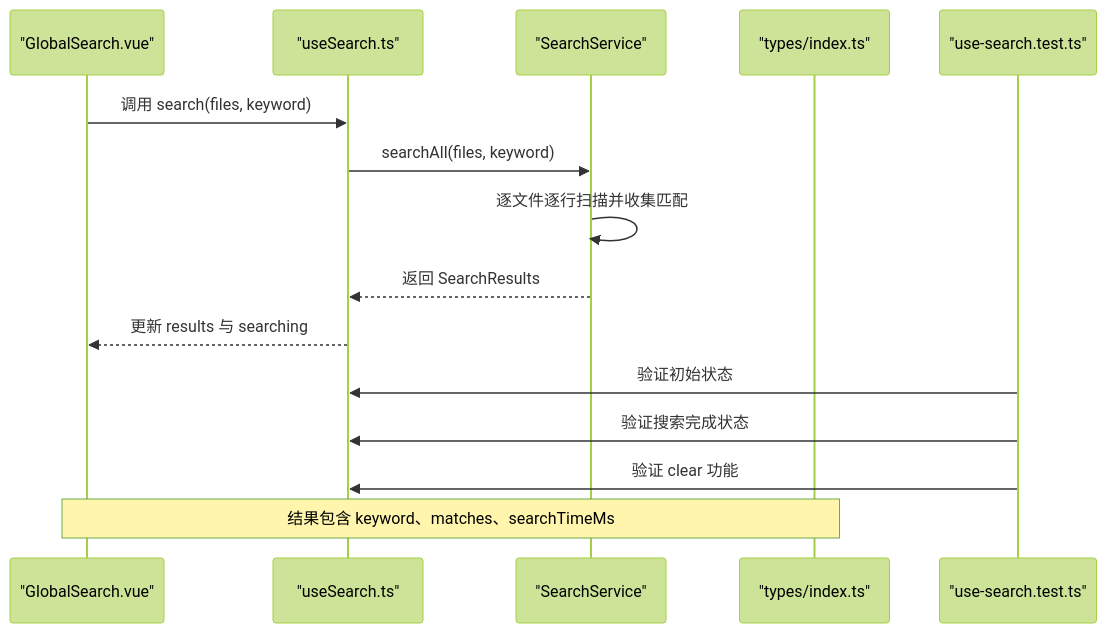
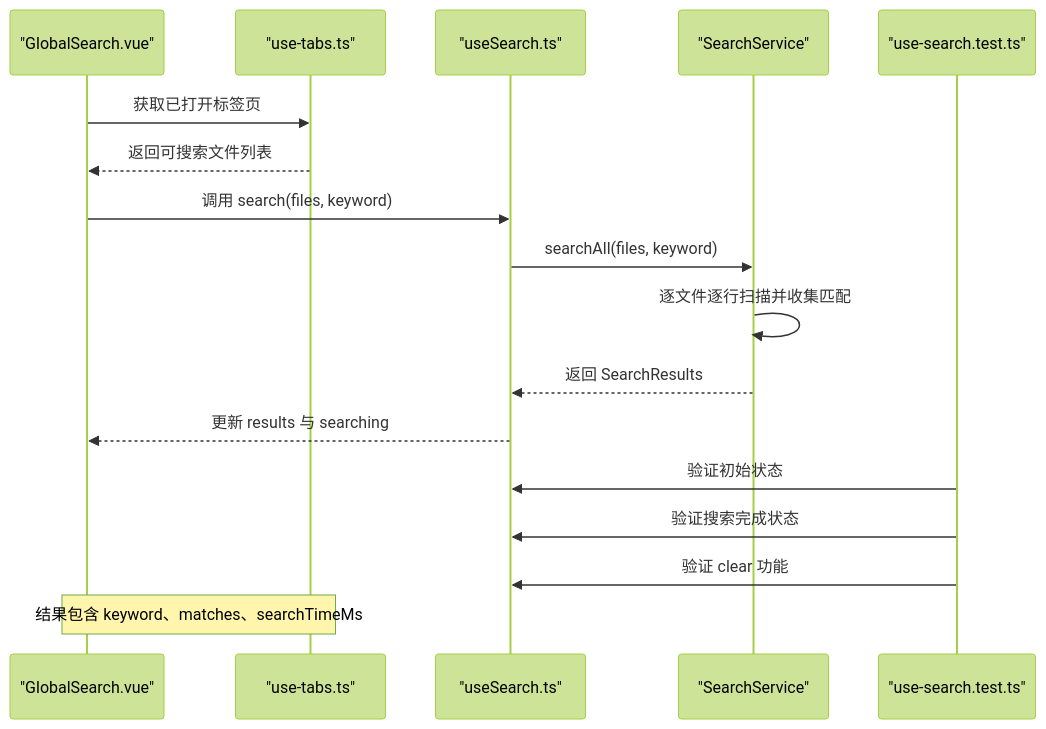
One commit to taoweidong/Hello-Tauri changed the second of 4 diagrams in .qoder/repowiki/zh/content/架构设计/数据流模式/组合式函数数据逻辑/全局搜索组合函数.md. Above: the diagram before and after it, drawn with Mermaid (forest theme). The commit also changed other lines of this file and 67 other files, not shown here.

````diff
--- a/.qoder/repowiki/zh/content/架构设计/数据流模式/组合式函数数据逻辑/全局搜索组合函数.md
+++ b/.qoder/repowiki/zh/content/架构设计/数据流模式/组合式函数数据逻辑/全局搜索组合函数.md
@@ -103,17 +110,19 @@
 ```mermaid
 sequenceDiagram
 participant U as "GlobalSearch.vue"
+participant T as "use-tabs.ts"
 participant C as "useSearch.ts"
 participant S as "SearchService"
-participant T as "types/index.ts"
 participant Test as "use-search.test.ts"
+U->>T : 获取已打开标签页
+T-->>U : 返回可搜索文件列表
 U->>C : 调用 search(files, keyword)
 C->>S : searchAll(files, keyword)
 S->>S : 逐文件逐行扫描并收集匹配
 S-->>C : 返回 SearchResults
 C-->>U : 更新 results 与 searching
 Test->>C : 验证初始状态
 Test->>C : 验证搜索完成状态
 Test->>C : 验证 clear 功能
 Note over U,T : 结果包含 keyword、matches、searchTimeMs
 ```
````
